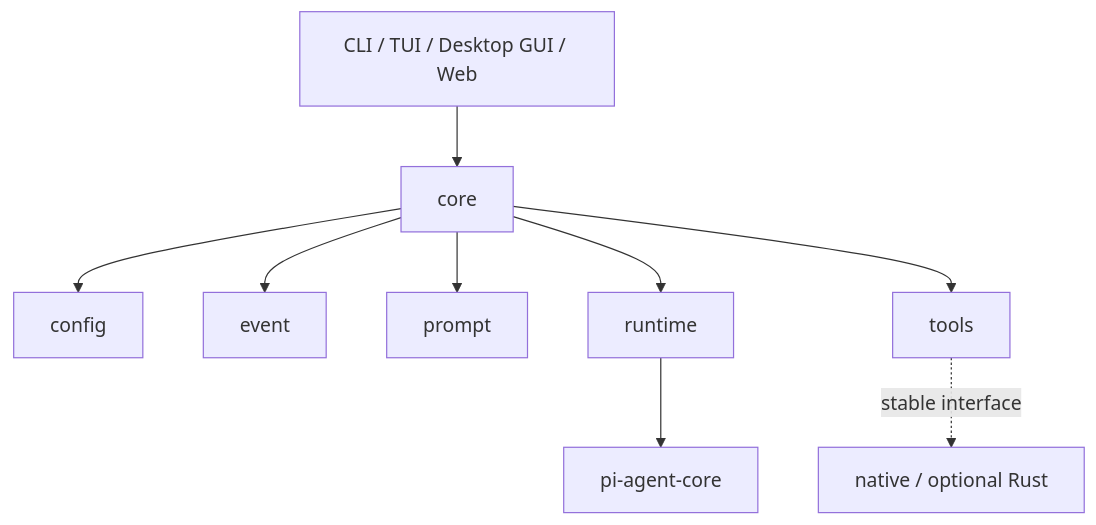
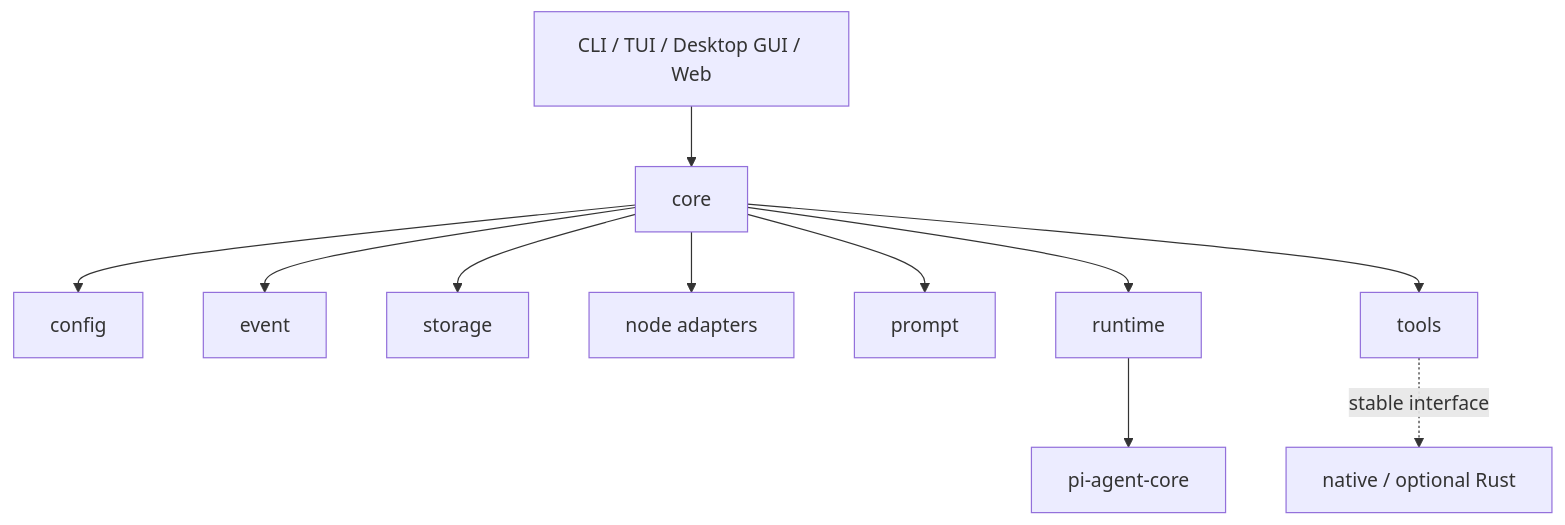
Before and after one commit to fanghuarunbalala/nova-writing: the first of 26 diagrams in docs/architecture.md, drawn with Mermaid. The commit also changed other lines of this file and 22 other files, not shown here.

````diff
--- a/docs/architecture.md
+++ b/docs/architecture.md
@@ -71,21 +75,25 @@
 ```mermaid
 flowchart TB
     Apps["CLI / TUI / Desktop GUI / Web"]
     Core["core"]
     Config["config"]
     Event["event"]
+    Storage["storage"]
+    Node["node adapters"]
     Prompt["prompt"]
     Runtime["runtime"]
     Tools["tools"]
     Native["native / optional Rust"]
     Pi["pi-agent-core"]
 
     Apps --> Core
     Core --> Config
     Core --> Event
+    Core --> Storage
+    Core --> Node
     Core --> Prompt
     Core --> Runtime
     Core --> Tools
     Runtime --> Pi
     Tools -. stable interface .-> Native
 ```
````
